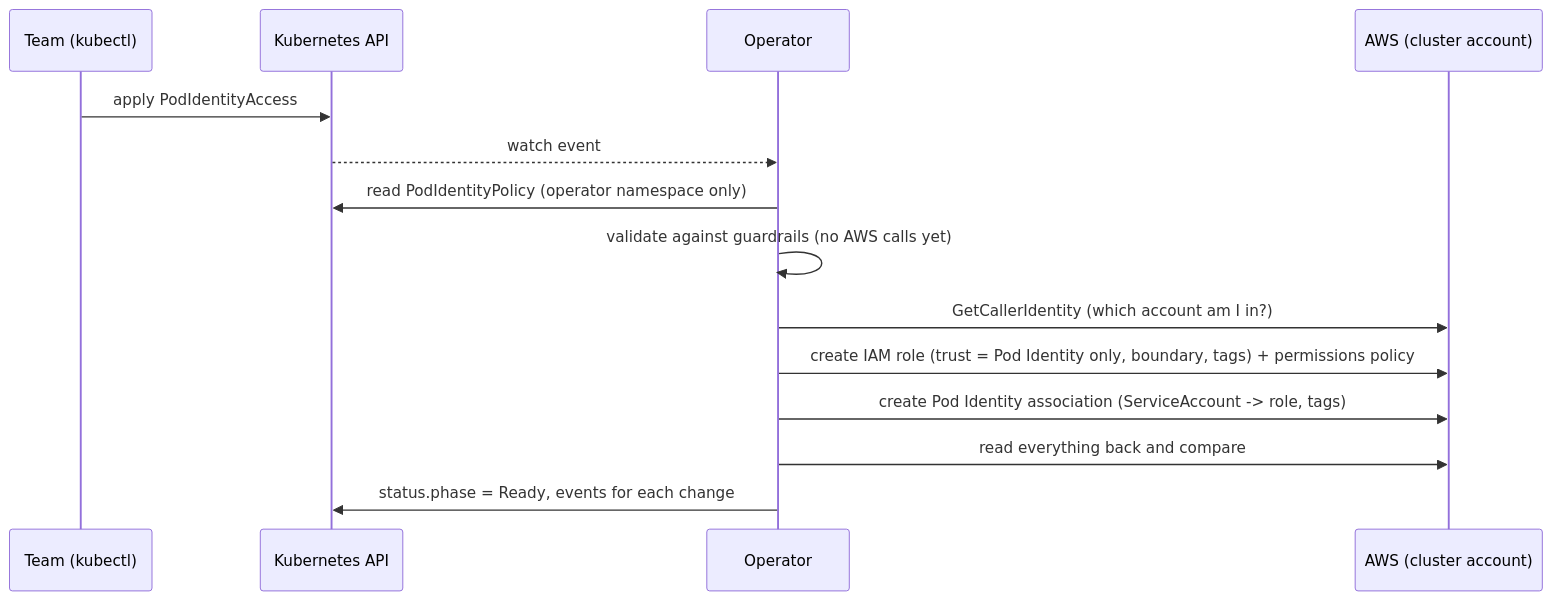
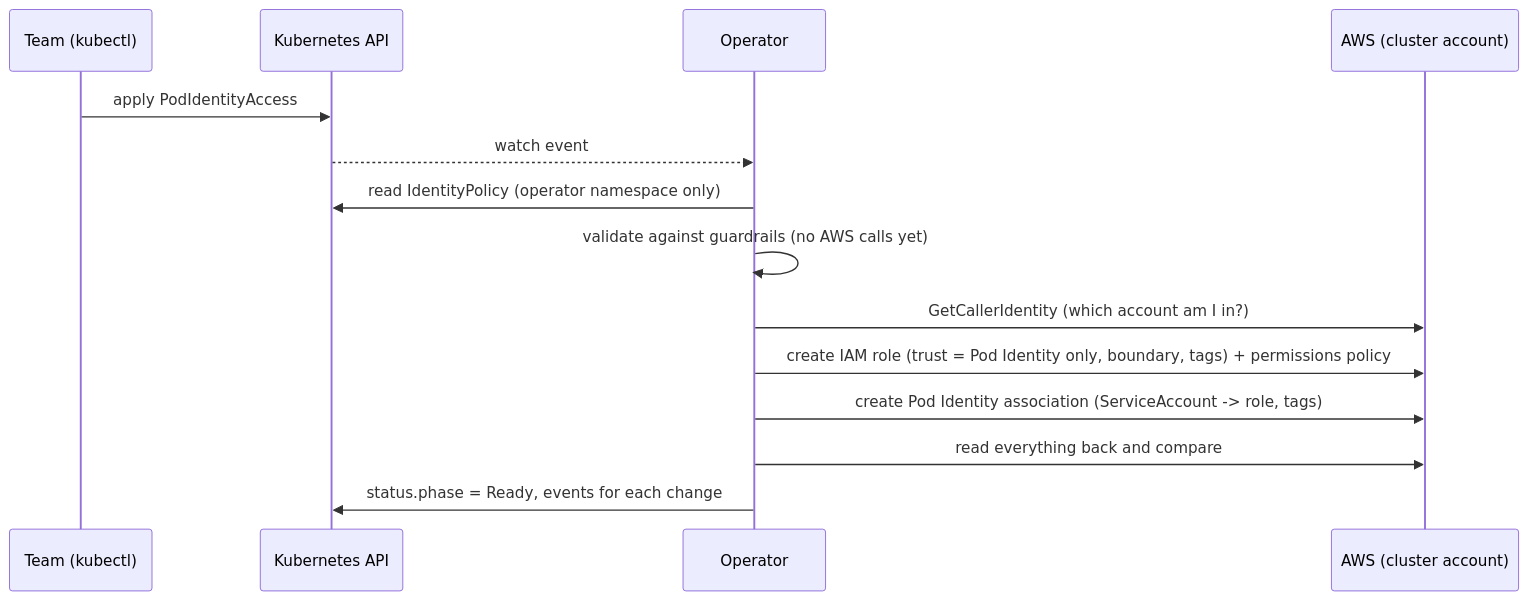
One commit to Jasonrve/eks-devops-operator changed the first of 2 diagrams in docs/guide/how-it-works.md. Above: the diagram before and after it, drawn with Mermaid. The commit also changed 35 other files, not shown here.

First line of the commit message:
Rename PodIdentityPolicy to IdentityPolicy

````diff
--- a/docs/guide/how-it-works.md
+++ b/docs/guide/how-it-works.md
@@ -13,17 +13,17 @@
 ```mermaid
 sequenceDiagram
     participant Team as Team (kubectl)
     participant K8s as Kubernetes API
     participant Op as Operator
     participant AWS as AWS (cluster account)
 
     Team->>K8s: apply PodIdentityAccess
     K8s-->>Op: watch event
-    Op->>K8s: read PodIdentityPolicy (operator namespace only)
+    Op->>K8s: read IdentityPolicy (operator namespace only)
     Op->>Op: validate against guardrails (no AWS calls yet)
     Op->>AWS: GetCallerIdentity (which account am I in?)
     Op->>AWS: create IAM role (trust = Pod Identity only, boundary, tags) + permissions policy
     Op->>AWS: create Pod Identity association (ServiceAccount -> role, tags)
     Op->>AWS: read everything back and compare
     Op->>K8s: status.phase = Ready, events for each change
 ```
````
